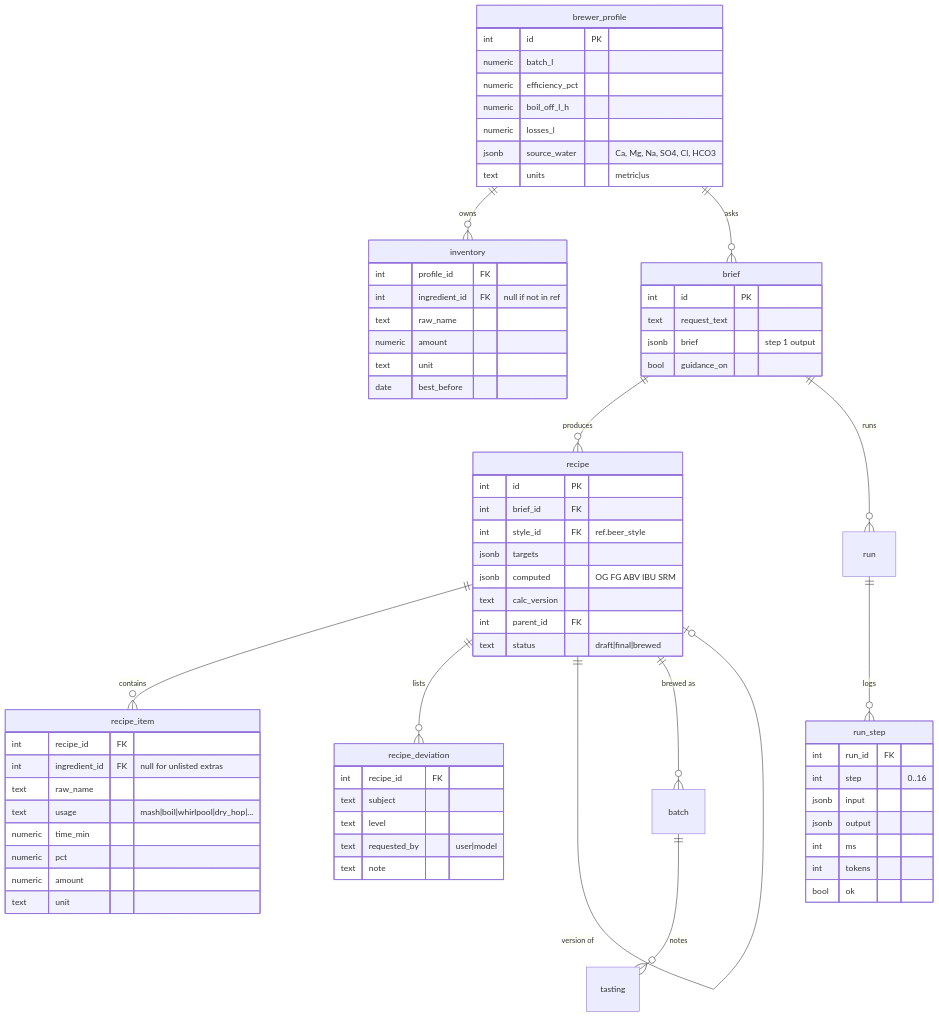
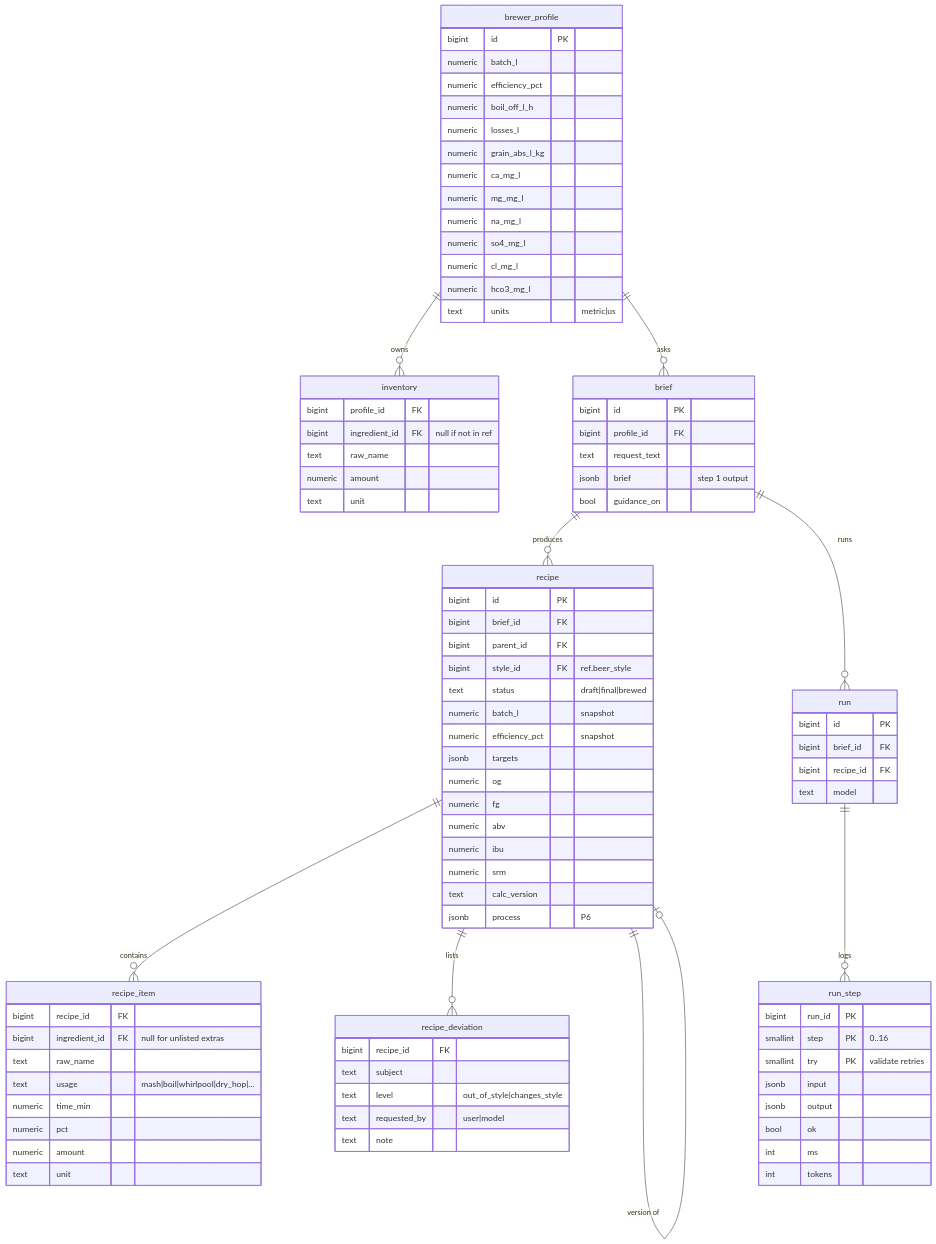
The fourth of 4 diagrams in docs/DATABASE.md (badacsonyigorenyember/homebrew_ai), drawn with Mermaid before and after one commit. The commit also changed other lines of this file and 8 other files, not shown here.

````diff
--- a/docs/DATABASE.md
+++ b/docs/DATABASE.md
@@ -223,45 +291,56 @@
     recipe ||--o| recipe : "version of"
     brief ||--o{ run : "runs"
     run ||--o{ run_step : "logs"
-    recipe ||--o{ batch : "brewed as"
-    batch ||--o{ tasting : "notes"
 
     brewer_profile {
-        int id PK
+        bigint id PK
         numeric batch_l
         numeric efficiency_pct
         numeric boil_off_l_h
         numeric losses_l
-        jsonb source_water "Ca, Mg, Na, SO4, Cl, HCO3"
+        numeric grain_abs_l_kg
+        numeric ca_mg_l
+        numeric mg_mg_l
+        numeric na_mg_l
+        numeric so4_mg_l
+        numeric cl_mg_l
+        numeric hco3_mg_l
         text units "metric|us"
     }
     inventory {
-        int profile_id FK
-        int ingredient_id FK "null if not in ref"
+        bigint profile_id FK
+        bigint ingredient_id FK "null if not in ref"
         text raw_name
         numeric amount
         text unit
-        date best_before
     }
     brief {
-        int id PK
+        bigint id PK
+        bigint profile_id FK
         text request_text
         jsonb brief "step 1 output"
         bool guidance_on
     }
     recipe {
-        int id PK
-        int brief_id FK
-        int style_id FK "ref.beer_style"
+        bigint id PK
+        bigint brief_id FK
+        bigint parent_id FK
+        bigint style_id FK "ref.beer_style"
+        text status "draft|final|brewed"
+        numeric batch_l "snapshot"
+        numeric efficiency_pct "snapshot"
         jsonb targets
-        jsonb computed "OG FG ABV IBU SRM"
+        numeric og
+        numeric fg
+        numeric abv
+        numeric ibu
+        numeric srm
         text calc_version
-        int parent_id FK
-        text status "draft|final|brewed"
+        jsonb process "P6"
     }
     recipe_item {
-        int recipe_id FK
-        int ingredient_id FK "null for unlisted extras"
+        bigint recipe_id FK
+        bigint ingredient_id FK "null for unlisted extras"
         text raw_name
         text usage "mash|boil|whirlpool|dry_hop|..."
         numeric time_min
@@ -270,19 +349,26 @@
         text unit
     }
     recipe_deviation {
-        int recipe_id FK
+        bigint recipe_id FK
         text subject
-        text level
+        text level "out_of_style|changes_style"
         text requested_by "user|model"
         text note
     }
+    run {
+        bigint id PK
+        bigint brief_id FK
+        bigint recipe_id FK
+        text model
+    }
     run_step {
-        int run_id FK
-        int step "0..16"
+        bigint run_id PK
+        smallint step PK "0..16"
+        smallint try PK "validate retries"
         jsonb input
         jsonb output
+        bool ok
         int ms
         int tokens
-        bool ok
     }
 ```
````
